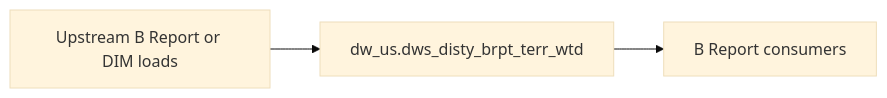
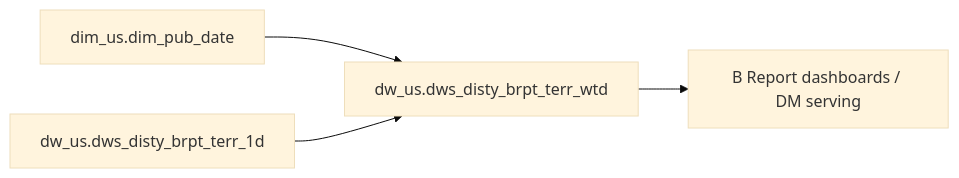
One commit to chengduhaha/data_agent changed the diagram in backend/defaults/b_report/workspace/target/knowledgebase/b-report-us/dws_disty_brpt_terr_wtd.md. Above: the diagram before and after it, drawn with Mermaid (base theme). The commit also changed other lines of this file and 1108 other files, not shown here.

````diff
--- a/backend/defaults/b_report/workspace/target/knowledgebase/b-report-us/dws_disty_brpt_terr_wtd.md
+++ b/backend/defaults/b_report/workspace/target/knowledgebase/b-report-us/dws_disty_brpt_terr_wtd.md
@@ -155,8 +267,10 @@
 ```mermaid
 flowchart LR
-  upstream[Upstream B Report or DIM loads]
-  tgt["dw_us.dws_disty_brpt_terr_wtd"]
-  brpt[B Report consumers]
-  upstream --> tgt
-  tgt --> brpt
+  dw_us_dws_disty_brpt_terr_wtd["dw_us.dws_disty_brpt_terr_wtd"]
+  src0["dim_us.dim_pub_date"]
+  src0 --> dw_us_dws_disty_brpt_terr_wtd
+  src1["dw_us.dws_disty_brpt_terr_1d"]
+  src1 --> dw_us_dws_disty_brpt_terr_wtd
+  consumers["B Report dashboards / DM serving"]
+  dw_us_dws_disty_brpt_terr_wtd --> consumers
 ```
````
